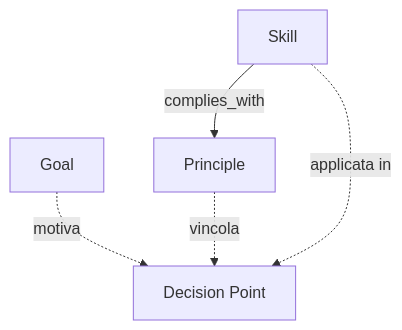
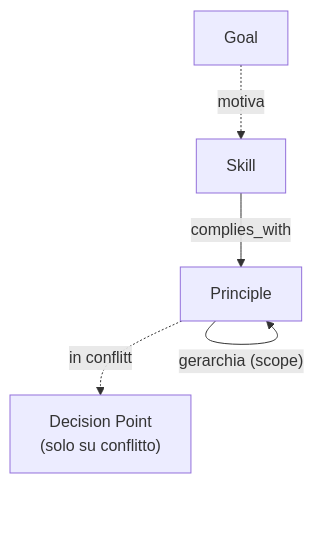
The first of 2 diagrams in ContextualMemoryMetagraph.md (tiziano777/AI-Factory), drawn with Mermaid before and after one commit. The commit also changed other lines of this file, not shown here.

````diff
--- a/ContextualMemoryMetagraph.md
+++ b/ContextualMemoryMetagraph.md
@@ -20,11 +20,11 @@
 ```mermaid
 flowchart TD
     G["Goal"]
     PR["Principle"]
     S["Skill"]
-    DP["Decision Point"]
-    G -.motiva.-> DP
-    PR -.vincola.-> DP
-    S -.applicata in.-> DP
+    DP["Decision Point<br/>(solo su conflitto)"]
+    G -.motiva.-> S
+    PR -- "gerarchia (scope)" --> PR
     S -- "complies_with" --> PR
+    PR -.in conflitto.-> DP
 ```
````
